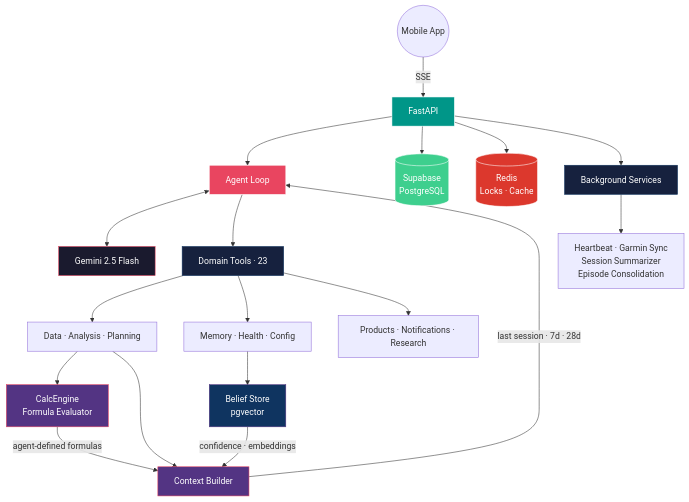
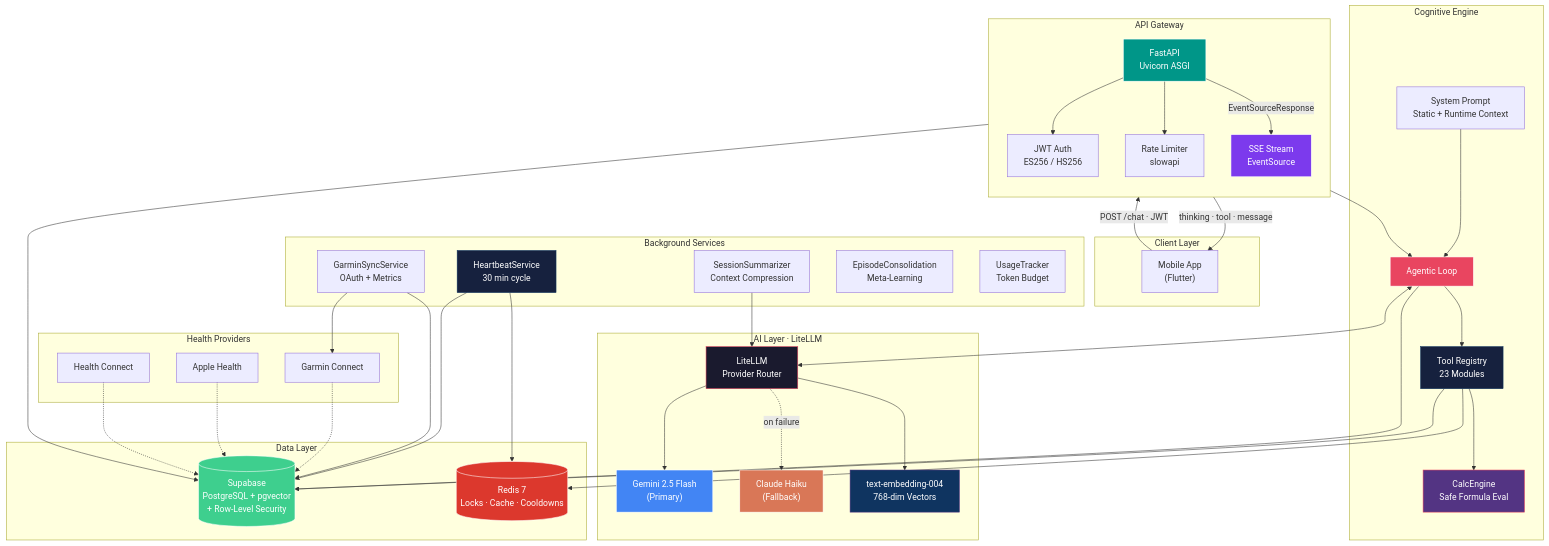
One commit to RnltLabs/athletly-backend changed the first of 15 diagrams in README.md. Above: the diagram before and after it, drawn with Mermaid. The commit also changed other lines of this file, not shown here.

First line of the commit message:
docs: rewrite README with architecture diagrams and technical deep-dive

````diff
--- a/README.md
+++ b/README.md
@@ -32,35 +25,91 @@
 ```mermaid
-graph TD
-    A(("Mobile App")) -->|SSE| B["FastAPI"]
-    B --> C["Agent Loop"]
-    C <--> D["Gemini 2.5 Flash"]
-    C --> E["Domain Tools · 23"]
+graph TB
+    subgraph Client["Client Layer"]
+        APP["Mobile App<br/>(Flutter)"]
+    end
 
-    E --> E1["Data · Analysis · Planning"]
-    E --> E2["Memory · Health · Config"]
-    E --> E3["Products · Notifications · Research"]
+    subgraph Gateway["API Gateway"]
+        direction TB
+        FASTAPI["FastAPI<br/>Uvicorn ASGI"]
+        AUTH["JWT Auth<br/>ES256 / HS256"]
+        RATE["Rate Limiter<br/>slowapi"]
+        SSE["SSE Stream<br/>EventSource"]
+    end
 
-    E1 --> F["CalcEngine<br/>Formula Evaluator"]
-    E2 --> G["Belief Store<br/>pgvector"]
-    E1 --> H["Context Builder"]
+    subgraph Core["Cognitive Engine"]
+        LOOP["Agentic Loop"]
+        PROMPT["System Prompt<br/>Static + Runtime Context"]
+        TOOLS["Tool Registry<br/>23 Modules"]
+        CALC["CalcEngine<br/>Safe Formula Eval"]
+    end
 
-    F -->|"agent-defined formulas"| H
-    G -->|"confidence · embeddings"| H
-    H -->|"last session · 7d · 28d"| C
+    subgraph Intelligence["AI Layer · LiteLLM"]
+        LITELLM["LiteLLM<br/>Provider Router"]
+        GEMINI["Gemini 2.5 Flash<br/>(Primary)"]
+        CLAUDE["Claude Haiku<br/>(Fallback)"]
+        EMBED["text-embedding-004<br/>768-dim Vectors"]
+    end
 
-    B --> I[("Supabase<br/>PostgreSQL")]
-    B --> J[("Redis<br/>Locks · Cache")]
-    B --> K["Background Services"]
-    K --> K1["Heartbeat · Garmin Sync<br/>Session Summarizer<br/>Episode Consolidation"]
+    subgraph Persistence["Data Layer"]
+        SUPA[("Supabase<br/>PostgreSQL + pgvector<br/>+ Row-Level Security")]
+        REDIS[("Redis 7<br/>Locks · Cache · Cooldowns")]
+    end
 
-    style B fill:#009688,stroke:#fff,color:#fff
-    style C fill:#e94560,stroke:#fff,color:#fff
-    style D fill:#1a1a2e,stroke:#e94560,color:#fff
-    style E fill:#16213e,stroke:#0f3460,color:#fff
-    style F fill:#533483,stroke:#e94560,color:#fff
-    style G fill:#0f3460,stroke:#533483,color:#fff
-    style H fill:#533483,stroke:#e94560,color:#fff
-    style I fill:#3ECF8E,stroke:#fff,color:#fff
-    style J fill:#DC382D,stroke:#fff,color:#fff
-    style K fill:#16213e,stroke:#0f3460,color:#fff
+    subgraph Workers["Background Services"]
+        HEART["HeartbeatService<br/>30 min cycle"]
+        GARMIN["GarminSyncService<br/>OAuth + Metrics"]
+        SUMMARY["SessionSummarizer<br/>Context Compression"]
+        EPISODE["EpisodeConsolidation<br/>Meta-Learning"]
+        USAGE["UsageTracker<br/>Token Budget"]
+    end
+
+    subgraph Health["Health Providers"]
+        GC["Garmin Connect"]
+        AH["Apple Health"]
+        HC["Health Connect"]
+    end
+
+    APP -->|"POST /chat · JWT"| FASTAPI
+    FASTAPI --> AUTH
+    FASTAPI --> RATE
+    FASTAPI -->|"EventSourceResponse"| SSE
+    SSE -->|"thinking · tool · message"| APP
+
+    FASTAPI --> LOOP
+    LOOP <--> LITELLM
+    LOOP --> TOOLS
+    TOOLS --> CALC
+    PROMPT --> LOOP
+
+    LITELLM --> GEMINI
+    LITELLM -.->|"on failure"| CLAUDE
+    LITELLM --> EMBED
+
+    TOOLS --> SUPA
+    TOOLS --> REDIS
+    LOOP --> SUPA
+    AUTH --> SUPA
+
+    HEART --> SUPA
+    HEART --> REDIS
+    GARMIN --> GC
+    GARMIN --> SUPA
+    SUMMARY --> LITELLM
+
+    GC -.-> SUPA
+    AH -.-> SUPA
+    HC -.-> SUPA
+
+    style FASTAPI fill:#009688,stroke:#fff,color:#fff
+    style LOOP fill:#e94560,stroke:#fff,color:#fff
+    style LITELLM fill:#1a1a2e,stroke:#e94560,color:#fff
+    style GEMINI fill:#4285F4,stroke:#fff,color:#fff
+    style CLAUDE fill:#D97757,stroke:#fff,color:#fff
+    style EMBED fill:#0f3460,stroke:#533483,color:#fff
+    style TOOLS fill:#16213e,stroke:#0f3460,color:#fff
+    style CALC fill:#533483,stroke:#e94560,color:#fff
+    style SUPA fill:#3ECF8E,stroke:#fff,color:#fff
+    style REDIS fill:#DC382D,stroke:#fff,color:#fff
+    style HEART fill:#16213e,stroke:#0f3460,color:#fff
+    style SSE fill:#7C3AED,stroke:#fff,color:#fff
 ```
````
